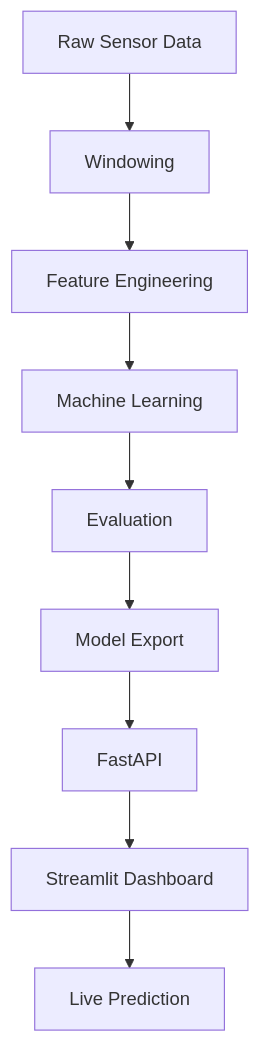
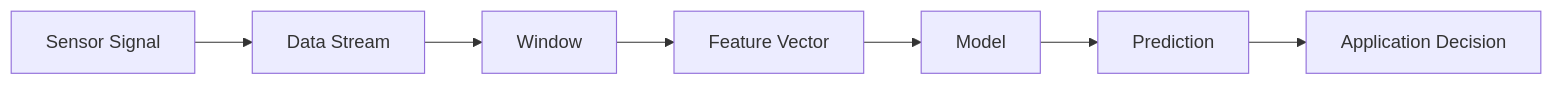
The diagram in docs/modules/01_introduction.qmd (konakion/de4w-engineering-workbook), drawn with Mermaid before and after one commit. The commit also changed other lines of this file and 39 other files, not shown here.

````diff
--- a/docs/modules/01_introduction.qmd
+++ b/docs/modules/01_introduction.qmd
@@ -12,20 +35,9 @@
 ```{mermaid}
-flowchart TD
-
-A[Raw Sensor Data]
--->B[Windowing]
-
-B-->C[Feature Engineering]
-
-C-->D[Machine Learning]
-
-D-->E[Evaluation]
-
-E-->F[Model Export]
-
-F-->G[FastAPI]
-
-G-->H[Streamlit Dashboard]
-
-H-->I[Live Prediction]
+flowchart LR
+  A[Sensor Signal] --> B[Data Stream]
+  B --> C[Window]
+  C --> D[Feature Vector]
+  D --> E[Model]
+  E --> F[Prediction]
+  F --> G[Application Decision]
 ```
````
